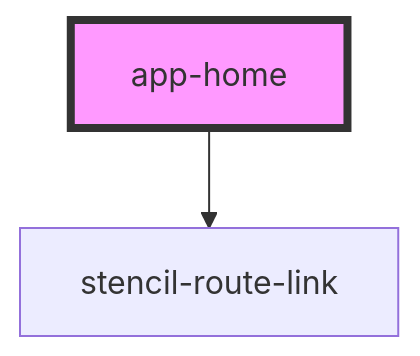
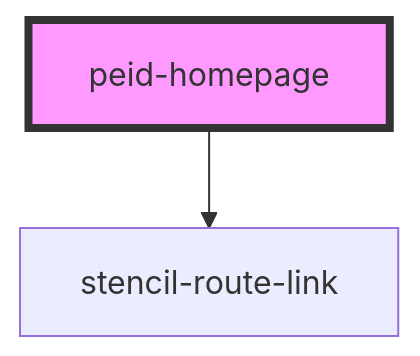
Before and after one commit to peidesign/princeedwardisland.design: the diagram in packages/website/src/components/pages/homepage/readme.md, drawn with Mermaid. The commit also changed 5 other files, not shown here.

````diff
--- a/packages/website/src/components/pages/homepage/readme.md
+++ b/packages/website/src/components/pages/homepage/readme.md
@@ -15,5 +15,5 @@
 ```mermaid
 graph TD;
-  app-home --> stencil-route-link
-  style app-home fill:#f9f,stroke:#333,stroke-width:4px
+  peid-homepage --> stencil-route-link
+  style peid-homepage fill:#f9f,stroke:#333,stroke-width:4px
 ```
````
